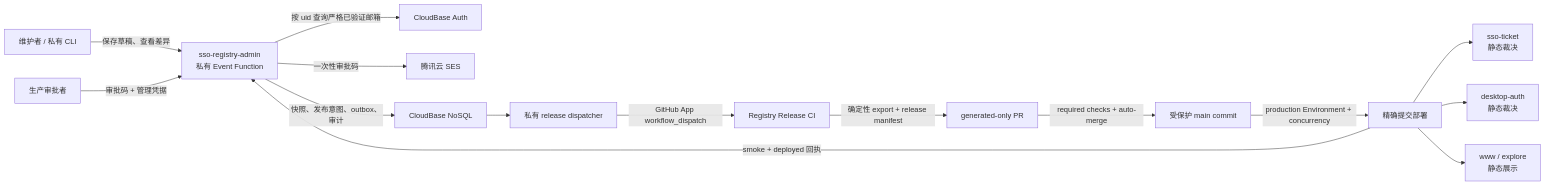
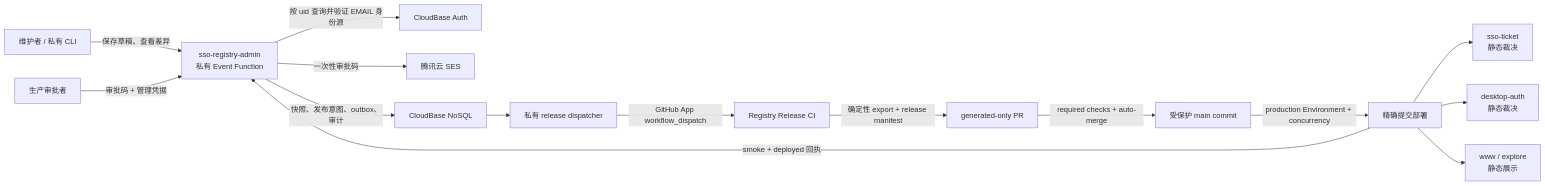
One commit to YunLeFun/www.yunle.fun changed the diagram in specs/sso-client-registry-static-release/design.md. Above: the diagram before and after it, drawn with Mermaid. The commit also changed other lines of this file and 5 other files, not shown here.

````diff
--- a/specs/sso-client-registry-static-release/design.md
+++ b/specs/sso-client-registry-static-release/design.md
@@ -21,17 +21,17 @@
 ```mermaid
 flowchart LR
   MAINTAINER["维护者 / 私有 CLI"] -->|"保存草稿、查看差异"| ADMIN["sso-registry-admin\n私有 Event Function"]
-  ADMIN -->|"按 uid 查询严格已验证邮箱"| AUTH["CloudBase Auth"]
+  ADMIN -->|"按 uid 查询并验证 EMAIL 身份源"| AUTH["CloudBase Auth"]
   ADMIN -->|"一次性审批码"| SES["腾讯云 SES"]
   APPROVER["生产审批者"] -->|"审批码 + 管理凭据"| ADMIN
   ADMIN -->|"快照、发布意图、outbox、审计"| DB["CloudBase NoSQL"]
   DISPATCH["私有 release dispatcher"] -->|"GitHub App workflow_dispatch"| CI["Registry Release CI"]
   DB --> DISPATCH
   CI -->|"确定性 export + release manifest"| PR["generated-only PR"]
   PR -->|"required checks + auto-merge"| MAIN["受保护 main commit"]
   MAIN -->|"production Environment + concurrency"| DEPLOY["精确提交部署"]
   DEPLOY --> TICKET["sso-ticket\n静态裁决"]
   DEPLOY --> DESKTOP["desktop-auth\n静态裁决"]
   DEPLOY --> WWW["www / explore\n静态展示"]
   DEPLOY -->|"smoke + deployed 回执"| ADMIN
 ```
````
